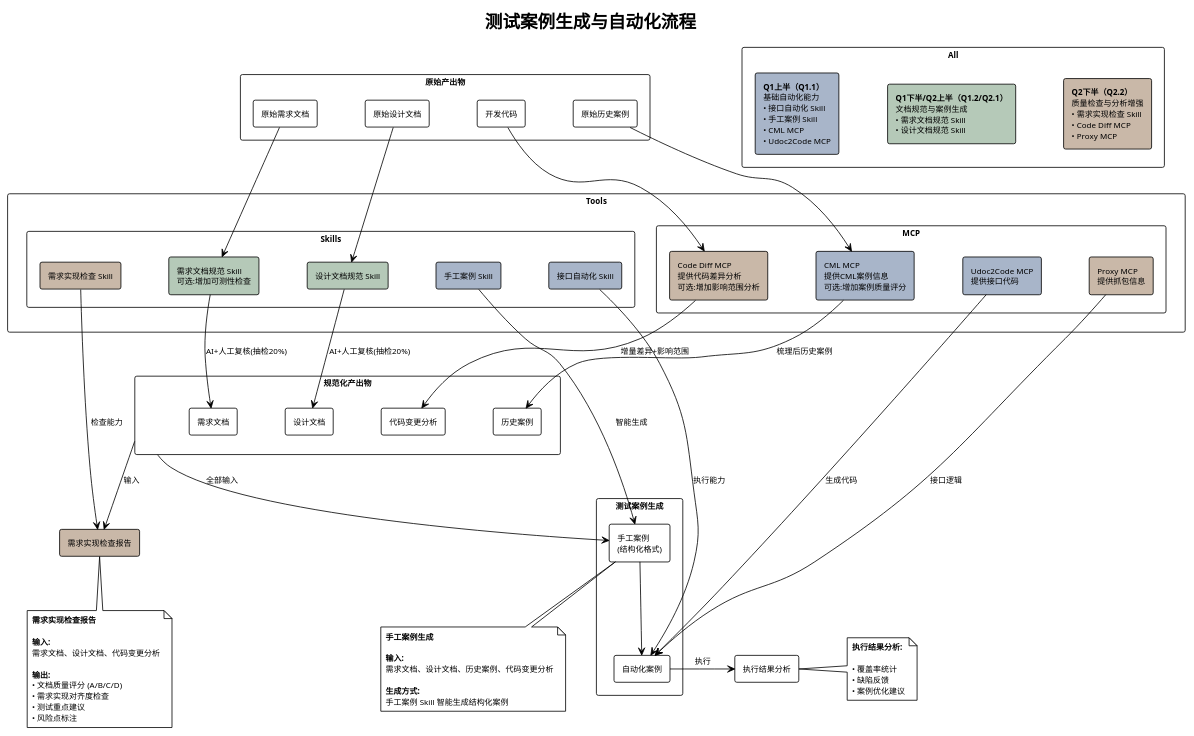
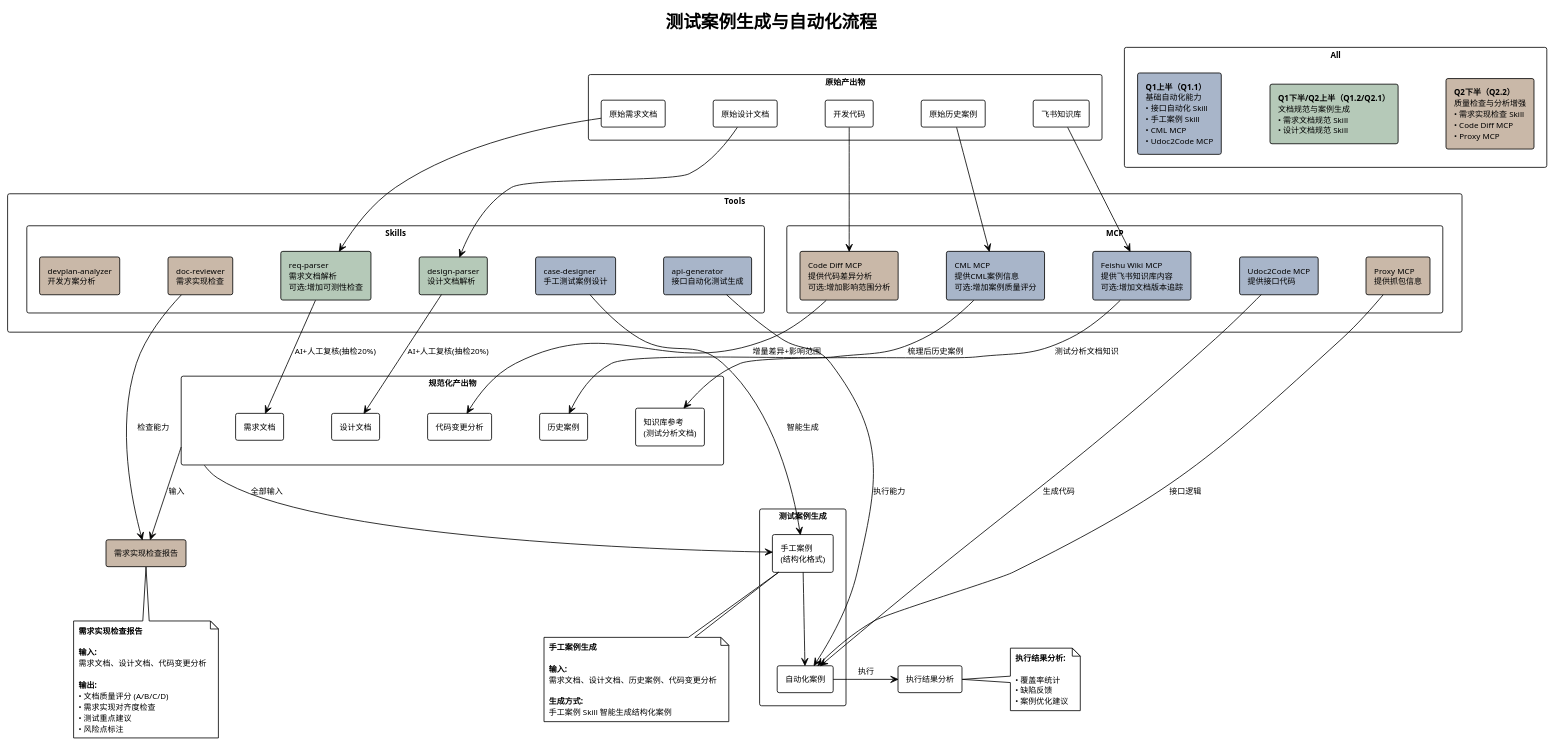
The diagram in architecture.puml (kalen-tang/test-workflow), drawn with PlantUML before and after one commit. The commit also changed 98 other files, not shown here.

```diff
--- a/architecture.puml
+++ b/architecture.puml
@@ -1,141 +1,149 @@
 @startuml 测试案例生成与自动化流程
 !theme plain
 skinparam backgroundColor white
 skinparam packageStyle rectangle
 skinparam componentStyle rectangle
 skinparam defaultFontSize 10
 skinparam nodesep 60
 skinparam ranksep 60
 
 title 测试案例生成与自动化流程
 
 package "原始产出物" {
     component "原始需求文档" as rawReqDoc
     component "原始设计文档" as rawDesignDoc
     component "开发代码" as srcCode
     component "原始历史案例" as rawHistory
+    component "飞书知识库" as feishuWiki
 }
 
 package "Tools" {
     package "Skills" {
-        component "需求文档规范 Skill\n可选:增加可测性检查" as reqDocSkill #B5C9B8
-        component "设计文档规范 Skill" as designDocSkill #B5C9B8
-        component "手工案例 Skill" as manualCaseSkill #A8B5C9
-        component "需求实现检查 Skill" as reqCheckSkill #C9B8A8
-        component "接口自动化 Skill" as apiSkill #A8B5C9
+        component "req-parser\n需求文档解析\n可选:增加可测性检查" as reqDocSkill #B5C9B8
+        component "design-parser\n设计文档解析" as designDocSkill #B5C9B8
+        component "case-designer\n手工测试案例设计" as manualCaseSkill #A8B5C9
+        component "doc-reviewer\n需求实现检查" as reqCheckSkill #C9B8A8
+        component "devplan-analyzer\n开发方案分析" as devplanSkill #C9B8A8
+        component "api-generator\n接口自动化测试生成" as apiSkill #A8B5C9
     }
 
     package "MCP" {
         component "CML MCP\n提供CML案例信息\n可选:增加案例质量评分" as cmlMcp #A8B5C9
+        component "Feishu Wiki MCP\n提供飞书知识库内容\n可选:增加文档版本追踪" as feishuMcp #A8B5C9
         component "Code Diff MCP\n提供代码差异分析\n可选:增加影响范围分析" as diffMcp #C9B8A8
         component "Udoc2Code MCP\n提供接口代码" as udoc2codeMcp #A8B5C9
         component "Proxy MCP\n提供抓包信息" as proxyMcp #C9B8A8
     }
 }
 
 package "规范化产出物" as normalizedOutputs {
     component "需求文档" as reqDoc
     component "设计文档" as designDoc
     component "历史案例" as history
+    component "知识库参考\n(测试分析文档)" as knowledgeBase
     component "代码变更分析" as diffReport
 }
 
 component "需求实现检查报告" as reqCheckReport #C9B8A8
 
 package "测试案例生成" {
     component "手工案例\n(结构化格式)" as manualCases
     component "自动化案例" as autoCases
 }
 
 component "执行结果分析" as execResult
 
 '=====================================================
 ' 第一阶段：原始产出物 -> Tools(Skills/MCP) -> 规范化产出物
 '=====================================================
 
 ' 1. 需求文档规范化
 rawReqDoc -down-> reqDocSkill
 reqDocSkill -down-> reqDoc : AI+人工复核(抽检20%)
 
 ' 2. 设计文档规范化
 rawDesignDoc -down-> designDocSkill
 designDocSkill -down-> designDoc : AI+人工复核(抽检20%)
 
 ' 3. 历史案例梳理
 rawHistory -down-> cmlMcp
 cmlMcp -down-> history : 梳理后历史案例
 
-' 4. 代码差异分析
+' 4. 知识库参考提取
+feishuWiki -down-> feishuMcp
+feishuMcp -down-> knowledgeBase : 测试分析文档知识
+
+' 5. 代码差异分析
 srcCode -down-> diffMcp
 diffMcp -down-> diffReport : 增量差异+影响范围
 
 '=====================================================
 ' 第二阶段：规范化产出物 -> 需求实现检查报告
 '=====================================================
 
 normalizedOutputs -down-> reqCheckReport : 输入
 reqCheckSkill -right-> reqCheckReport : 检查能力
 
 '=====================================================
 ' 第三阶段：规范化产出物 + Tools -> 手工案例
 '=====================================================
 
 normalizedOutputs -down-> manualCases : 全部输入
 manualCaseSkill -right-> manualCases : 智能生成
 
 '=====================================================
 ' 第四阶段：手工案例 -> 自动化案例 -> 执行
 '=====================================================
 
 manualCases -down-> autoCases
 autoCases -right-> execResult : 执行
 
 '=====================================================
 ' 第五阶段：Tools -> 自动化案例（辅助生成）
 '=====================================================
 
 udoc2codeMcp -right-> autoCases : 生成代码
 proxyMcp -right-> autoCases : 接口逻辑
 apiSkill -right-> autoCases : 执行能力
 
 
 note bottom of manualCases
   **手工案例生成**
 
   **输入:**
   需求文档、设计文档、历史案例、代码变更分析
 
   **生成方式:**
   手工案例 Skill 智能生成结构化案例
 end note
 
 note bottom of reqCheckReport
   **需求实现检查报告**
 
   **输入:**
   需求文档、设计文档、代码变更分析
 
   **输出:**
   • 文档质量评分 (A/B/C/D)
   • 需求实现对齐度检查
   • 测试重点建议
   • 风险点标注
 end note
 
 note right of execResult
   **执行结果分析:**
 
   • 覆盖率统计
   • 缺陷反馈
   • 案例优化建议
 end note
 
 package "All" {
     component "**Q1上半（Q1.1）**\n基础自动化能力\n• 接口自动化 Skill\n• 手工案例 Skill\n• CML MCP\n• Udoc2Code MCP" as q1_1 #A8B5C9
     component "**Q1下半/Q2上半（Q1.2/Q2.1）**\n文档规范与案例生成\n• 需求文档规范 Skill\n• 设计文档规范 Skill" as q1_2 #B5C9B8
     component "**Q2下半（Q2.2）**\n质量检查与分析增强\n• 需求实现检查 Skill\n• Code Diff MCP\n• Proxy MCP" as q2_2 #C9B8A8
 
     q1_1 -[hidden]right- q1_2
     q1_2 -[hidden]right- q2_2
 }
 @enduml
```
